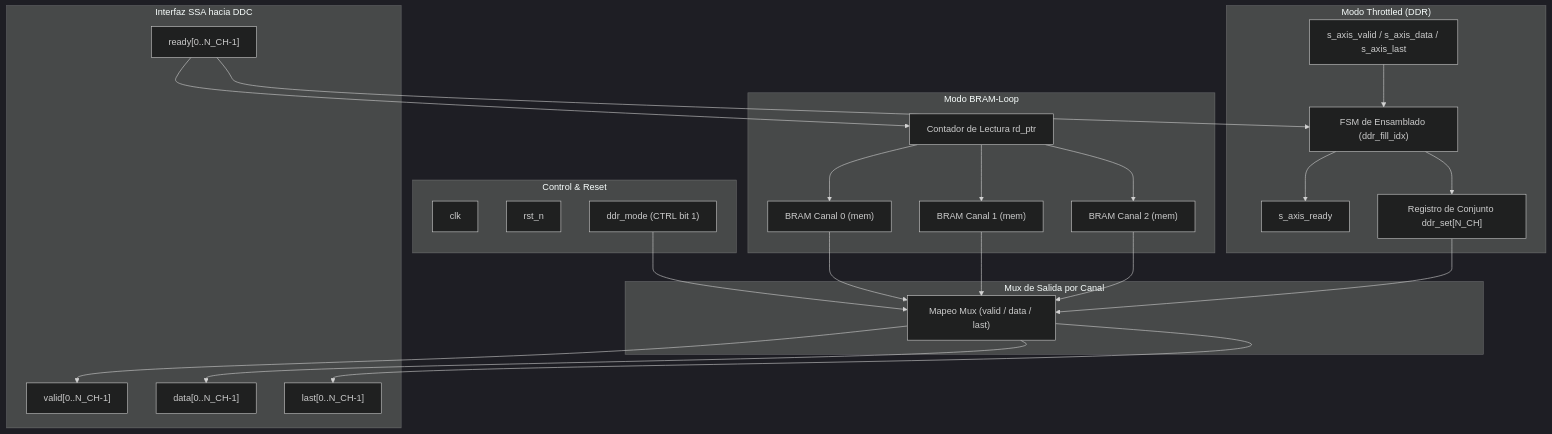
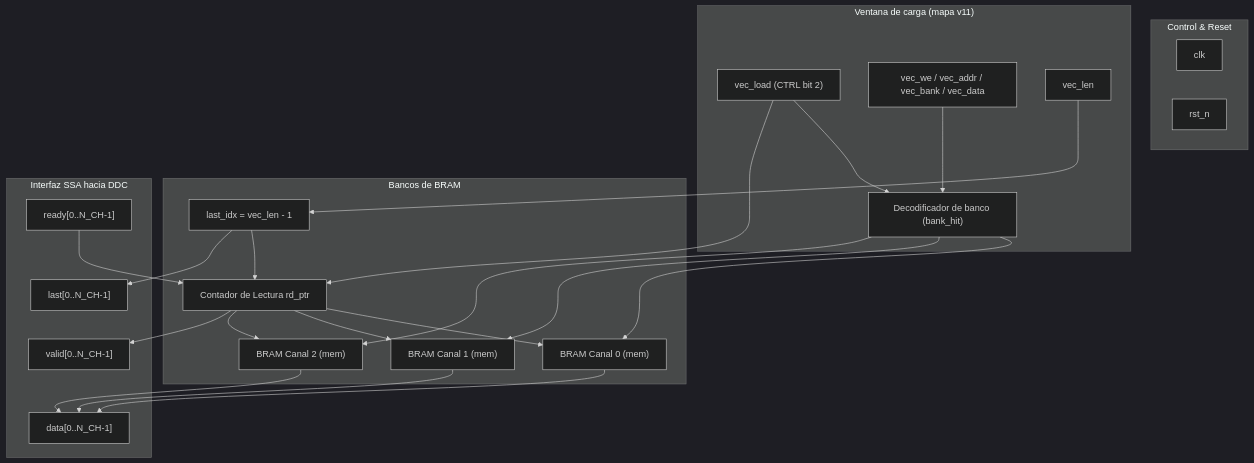
One commit to vladimir1284/lamula-drx changed the first of 2 diagrams in docs/ip/vector_source.md. Above: the diagram before and after it, drawn with Mermaid (dark theme). The commit also changed other lines of this file and 35 other files, not shown here.

````diff
--- a/docs/ip/vector_source.md
+++ b/docs/ip/vector_source.md
@@ -27,53 +35,50 @@
 ```mermaid
 graph TD
     subgraph Controls ["Control & Reset"]
         CLK["clk"]
         RST["rst_n"]
-        DDR_MODE["ddr_mode (CTRL bit 1)"]
     end
 
-    subgraph DDR_Path ["Modo Throttled (DDR)"]
-        S_AXIS["s_axis_valid / s_axis_data / s_axis_last"]
-        S_READY["s_axis_ready"]
-        SET_REG["Registro de Conjunto ddr_set[N_CH]"]
-        DDR_FSM["FSM de Ensamblado (ddr_fill_idx)"]
+    subgraph Load ["Ventana de carga (mapa v11)"]
+        VLOAD["vec_load (CTRL bit 2)"]
+        VWE["vec_we / vec_addr / vec_bank / vec_data"]
+        VLEN["vec_len"]
+        DEC["Decodificador de banco (bank_hit)"]
     end
 
-    subgraph BRAM_Path ["Modo BRAM-Loop"]
+    subgraph BRAM_Path ["Bancos de BRAM"]
         MEM0["BRAM Canal 0 (mem)"]
         MEM1["BRAM Canal 1 (mem)"]
         MEM2["BRAM Canal 2 (mem)"]
         PTR["Contador de Lectura rd_ptr"]
-    end
-
-    subgraph Mux_Out ["Mux de Salida por Canal"]
-        MUX["Mapeo Mux (valid / data / last)"]
+        LAST["last_idx = vec_len - 1"]
     end
 
     subgraph Outputs ["Interfaz SSA hacia DDC"]
         VAL["valid[0..N_CH-1]"]
         DAT["data[0..N_CH-1]"]
         LST["last[0..N_CH-1]"]
         RDY["ready[0..N_CH-1]"]
     end
 
-    S_AXIS --> DDR_FSM
-    DDR_FSM --> SET_REG
-    DDR_FSM --> S_READY
-    DDR_MODE --> MUX
+    VWE --> DEC
+    VLOAD --> DEC
+    DEC --> MEM0
+    DEC --> MEM1
+    DEC --> MEM2
+
+    VLEN --> LAST
+    LAST --> PTR
+    VLOAD --> PTR
+    RDY --> PTR
 
     PTR --> MEM0
     PTR --> MEM1
     PTR --> MEM2
 
-    MEM0 --> MUX
-    MEM1 --> MUX
-    MEM2 --> MUX
-    SET_REG --> MUX
-
-    RDY --> DDR_FSM
-    RDY --> PTR
-    MUX --> VAL
-    MUX --> DAT
-    MUX --> LST
+    MEM0 --> DAT
+    MEM1 --> DAT
+    MEM2 --> DAT
+    PTR --> VAL
+    LAST --> LST
 ```
````
